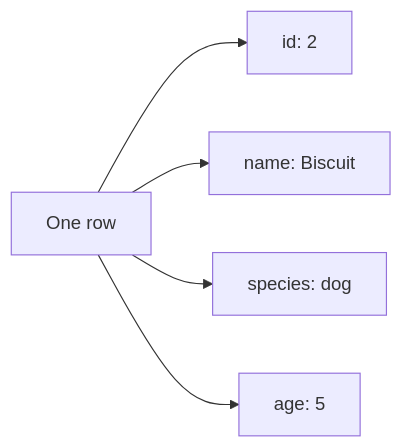
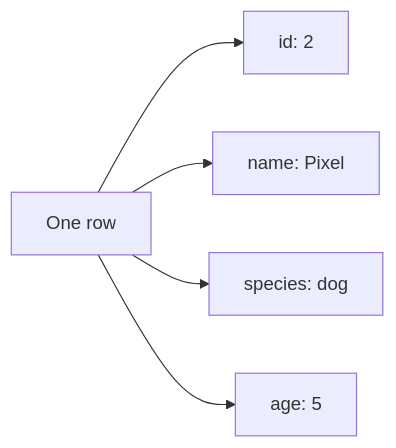
One commit to dataslope/dataslope changed the second of 6 diagrams in content/courses/sqlite-for-beginners/tables-rows-columns.mdx. Above: the diagram before and after it, drawn with Mermaid. The commit also changed other lines of this file and 400 other files, not shown here.

````diff
--- a/content/courses/sqlite-for-beginners/tables-rows-columns.mdx
+++ b/content/courses/sqlite-for-beginners/tables-rows-columns.mdx
@@ -59,7 +63,7 @@
 ```mermaid
 flowchart LR
     ROW["One row"] --> ID["id: 2"]
-    ROW --> NAME["name: Biscuit"]
+    ROW --> NAME["name: Pixel"]
     ROW --> SPECIES["species: dog"]
     ROW --> AGE["age: 5"]
 ```
````
